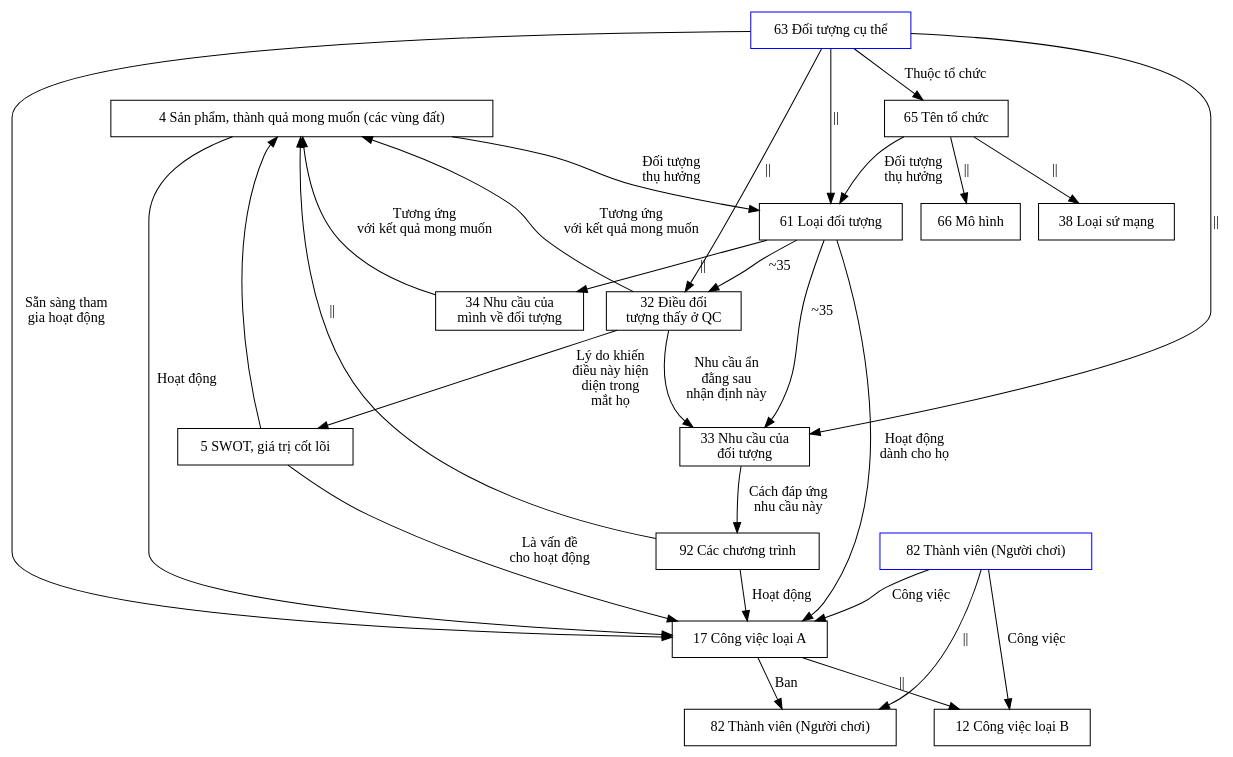
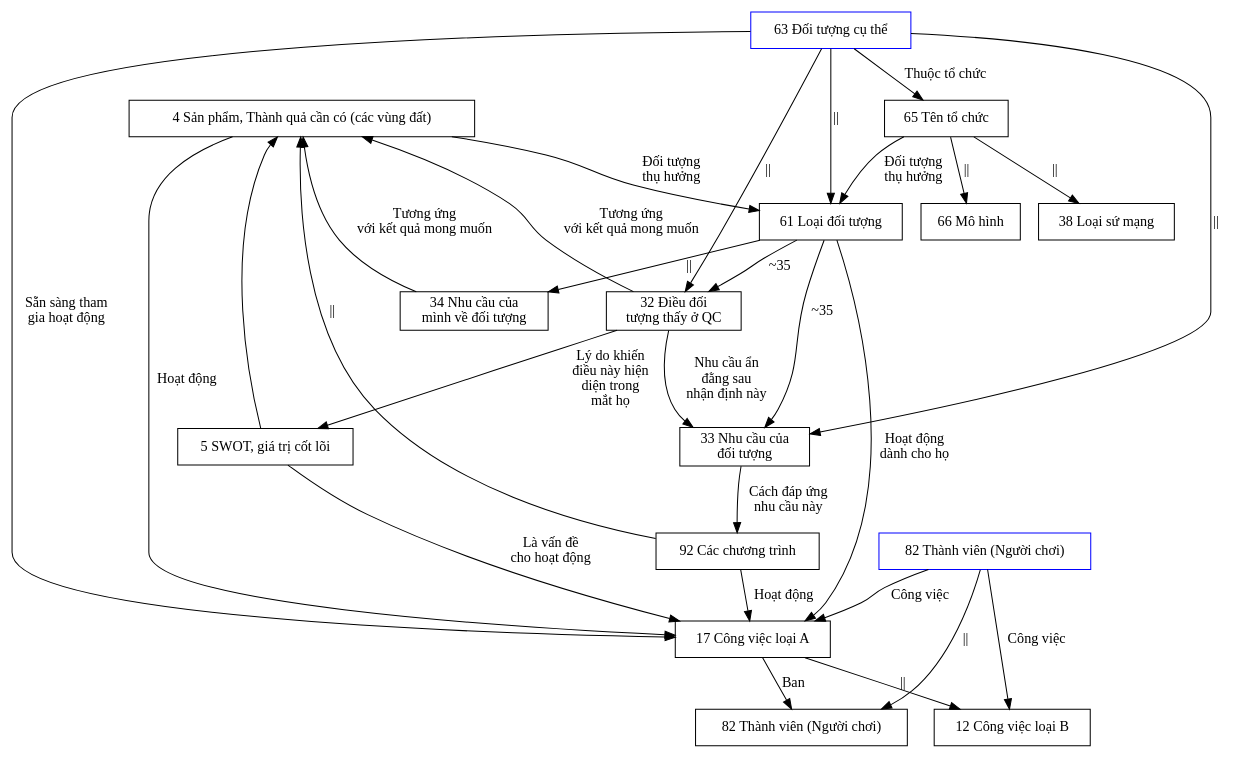
Before and after one commit to QuaCau-TheSphere/LandofSpheres: the first of 2 diagrams in 9 Tài liệu khác/91 Phần mềm/912 Tính năng/9123 Cấp độ vault/Lược đồ dữ liệu.md, drawn with Graphviz. The commit also changed 335 other files, not shown here.

Commit message:
Đổi ❝Kết quả mong muốn::❞ → ❝Thành quả mong muốn::❞, ❝Yếu tố hỗ trợ::❞ → ❝Thành quả hỗ trợ::❞

````diff
--- a/9 Tài liệu khác/91 Phần mềm/912 Tính năng/9123 Cấp độ vault/Lược đồ dữ liệu.md
+++ b/9 Tài liệu khác/91 Phần mềm/912 Tính năng/9123 Cấp độ vault/Lược đồ dữ liệu.md
@@ -5,55 +5,55 @@
 ```dot
 digraph {
 overlap = scale
 //overlap = false;
 splines = true
 
 node [shape=round] 
-2 [label="4 Sản phẩm, thành quả mong muốn (các vùng đất)"] 
+2 [label="4 Sản phẩm, Thành quả cần có (các vùng đất)"] 
 4 [label="5 SWOT, giá trị cốt lõi"] 
 
 11 [label="17 Công việc loại A"] 
 12 [label="12 Công việc loại B"] 
 
 31 [label="61 Loại đối tượng"] 
 32 [label="32 Điều đối\ntượng thấy ở QC"] 
 33 [label="33 Nhu cầu của\nđối tượng"] 
 34 [label="34 Nhu cầu của\nmình về đối tượng"] 
 35 [label="63 Đối tượng cụ thể" color=blue] 
 36 [label="65 Tên tổ chức"] 
 37 [label="66 Mô hình"] 
 38 [label="38 Loại sứ mạng"] 
 
 61 [label="82 Thành viên (Người chơi)"] 
 62 [label="82 Thành viên (Người chơi)" color=blue] 
 
 92 [label="92 Các chương trình"]
 
 35 -> {31,32, 33} [label="||" ]
 31 -> {32} [label="~35"] 
 31 -> 33 [label="~35"] 
 31 -> 34 [label="||"] 
 32 -> 4 [label="Lý do khiến\nđiều này hiện\ndiện trong\nmắt họ"] 
 32 -> 33 [label="Nhu cầu ẩn\nđằng sau\nnhận định này"] 
 {34, 32} -> 2 [label="Tương ứng\nvới kết quả mong muốn" ] 
 35 -> 36 [label="Thuộc tổ chức"]
 36 -> {37, 38} [label="||"]
 36 -> 31 [label="Đối tượng\nthụ hưởng"]
 33 -> 92 [label="Cách đáp ứng\nnhu cầu này"]
 92 -> 11 [label="Hoạt động"]
 
 35 -> 11 [label="Sẵn sàng tham\ngia hoạt động"]
 31 -> 11 [label="Hoạt động\ndành cho họ"]
 2 -> 11 [label="Hoạt động"] 
 2 -> 31 [label="Đối tượng\nthụ hưởng"]
 4 -> 11 [label="Là vấn đề\ncho hoạt động"]
 92 -> 2 [label="||"]
 4 -> 2
 
 11 -> 12 [label="||"]
 11 -> 61 [label="Ban"]
 
 62 -> {11, 12} [label="Công việc"]
 62 -> 61 [label="||"]
 }
 ```
````
